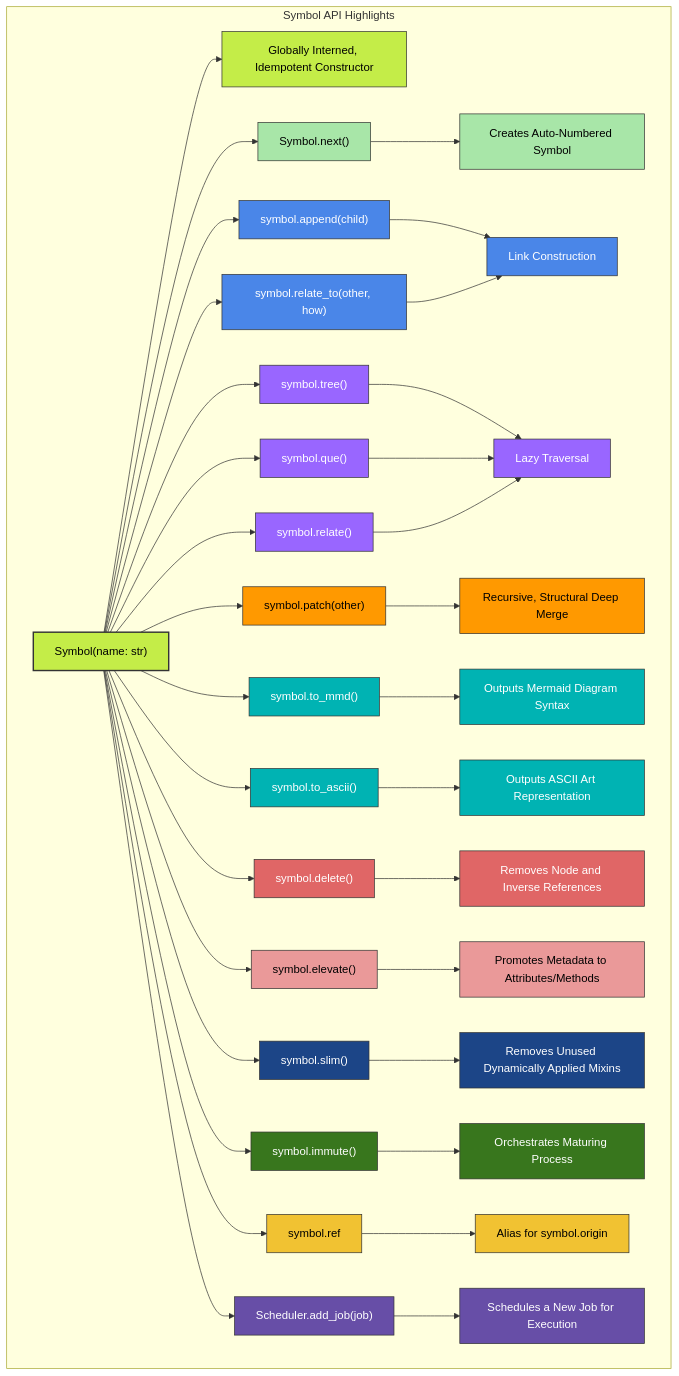
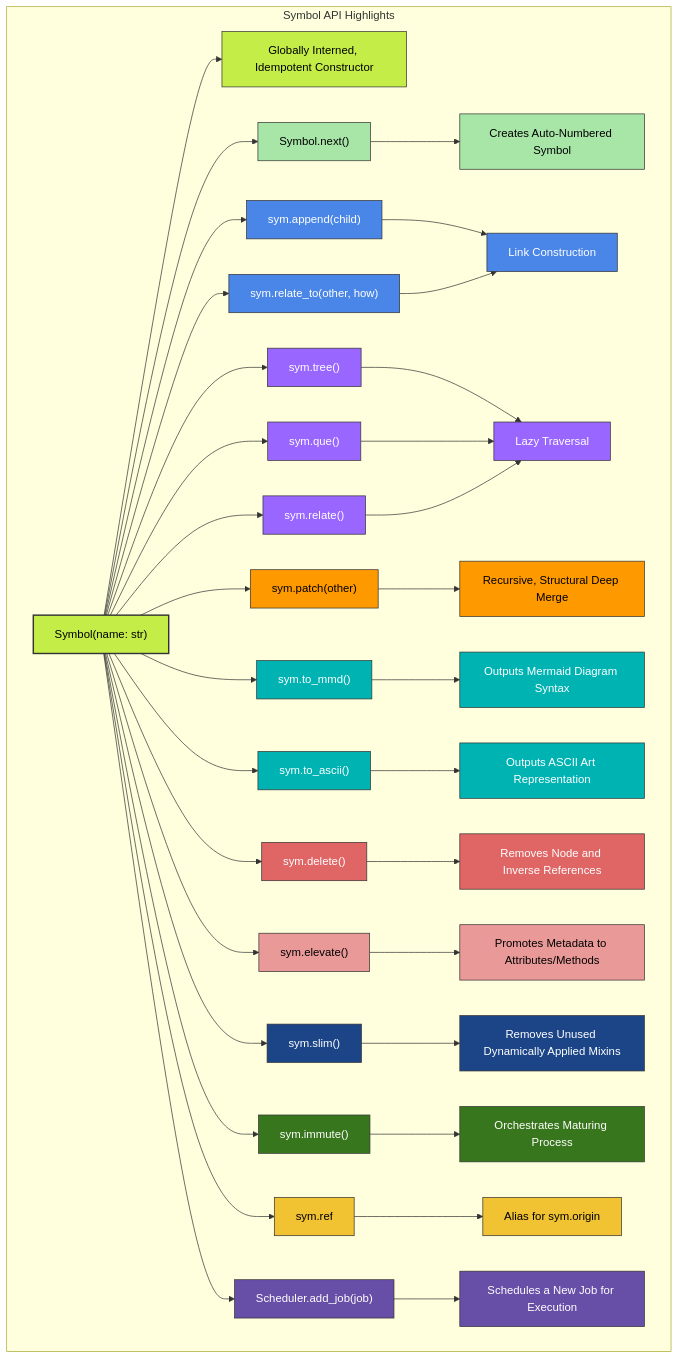
One commit to ikko/sym changed the diagram in docs/topics/8_api_highlights/api_overview.mmd. Above: the diagram before and after it, drawn with Mermaid. The commit also changed 104 other files, not shown here.

```diff
--- a/docs/topics/8_api_highlights/api_overview.mmd
+++ b/docs/topics/8_api_highlights/api_overview.mmd
@@ -1,88 +1,88 @@
 
 graph
     subgraph "Symbol API Highlights"
         A[Symbol#40;name: str#41;] --> B[Globally Interned, Idempotent Constructor];
         A --> C[Symbol.next#40;#41;];
         C --> D[Creates Auto-Numbered Symbol];
-        A --> E[symbol.append#40;child#41;];
-        A --> F[symbol.relate_to#40;other, how#41;];
+        A --> E[sym.append#40;child#41;];
+        A --> F[sym.relate_to#40;other, how#41;];
         E --> G[Link Construction];
         F --> G;
-        A --> H[symbol.tree#40;#41;];
-        A --> I[symbol.que#40;#41;];
-        A --> J[symbol.relate#40;#41;];
+        A --> H[sym.tree#40;#41;];
+        A --> I[sym.que#40;#41;];
+        A --> J[sym.relate#40;#41;];
         H --> K[Lazy Traversal];
         I --> K;
         J --> K;
-        A --> L[symbol.patch#40;other#41;];
+        A --> L[sym.patch#40;other#41;];
         L --> M[Recursive, Structural Deep Merge];
-        A --> N[symbol.to_mmd#40;#41;];
+        A --> N[sym.to_mmd#40;#41;];
         N --> O[Outputs Mermaid Diagram Syntax];
-        A --> P[symbol.to_ascii#40;#41;];
+        A --> P[sym.to_ascii#40;#41;];
         P --> Q[Outputs ASCII Art Representation];
-        A --> R[symbol.delete#40;#41;];
+        A --> R[sym.delete#40;#41;];
         R --> S[Removes Node and Inverse References];
-        A --> T[symbol.elevate#40;#41;];
+        A --> T[sym.elevate#40;#41;];
         T --> U[Promotes Metadata to Attributes/Methods];
-        A --> V[symbol.slim#40;#41;];
+        A --> V[sym.slim#40;#41;];
         V --> W[Removes Unused Dynamically Applied Mixins];
-        A --> X[symbol.immute#40;#41;];
+        A --> X[sym.immute#40;#41;];
         X --> Y[Orchestrates Maturing Process];
-        A --> Z[symbol.ref];
-        Z --> AA[Alias for symbol.origin];
+        A --> Z[sym.ref];
+        Z --> AA[Alias for sym.origin];
         A --> AB[Scheduler.add_job#40;job#41;];
         AB --> AC[Schedules a New Job for Execution];
     end
 
     %% Main Symbol node
     style A fill:#c4ed48,stroke:#333,stroke-width:2px,color:#000000;
     style B fill:#c4ed48,stroke:#333,stroke-width:1px,color:#000000;
 
     %% Symbol creation group - light green
     style C fill:#a8e6a8,stroke:#333,stroke-width:1px,color:#000000;
     style D fill:#a8e6a8,stroke:#333,stroke-width:1px,color:#000000;
 
     %% Relationship management group - blue
     style E fill:#4a86e8,stroke:#333,stroke-width:1px,color:#ffffff;
     style F fill:#4a86e8,stroke:#333,stroke-width:1px,color:#ffffff;
     style G fill:#4a86e8,stroke:#333,stroke-width:1px,color:#ffffff;
 
     %% Traversal group - purple
     style H fill:#9966ff,stroke:#333,stroke-width:1px,color:#ffffff;
     style I fill:#9966ff,stroke:#333,stroke-width:1px,color:#ffffff;
     style J fill:#9966ff,stroke:#333,stroke-width:1px,color:#ffffff;
     style K fill:#9966ff,stroke:#333,stroke-width:1px,color:#ffffff;
 
     %% Data manipulation group - orange
     style L fill:#ff9900,stroke:#333,stroke-width:1px,color:#000000;
     style M fill:#ff9900,stroke:#333,stroke-width:1px,color:#000000;
 
     %% Visualization group - teal
     style N fill:#00b3b3,stroke:#333,stroke-width:1px,color:#ffffff;
     style O fill:#00b3b3,stroke:#333,stroke-width:1px,color:#ffffff;
     style P fill:#00b3b3,stroke:#333,stroke-width:1px,color:#ffffff;
     style Q fill:#00b3b3,stroke:#333,stroke-width:1px,color:#ffffff;
 
     %% Node management group - red
     style R fill:#e06666,stroke:#333,stroke-width:1px,color:#ffffff;
     style S fill:#e06666,stroke:#333,stroke-width:1px,color:#ffffff;
 
     %% Metadata management group - pink
     style T fill:#ea9999,stroke:#333,stroke-width:1px,color:#000000;
     style U fill:#ea9999,stroke:#333,stroke-width:1px,color:#000000;
 
     %% Optimization group - dark blue
     style V fill:#1c4587,stroke:#333,stroke-width:1px,color:#ffffff;
     style W fill:#1c4587,stroke:#333,stroke-width:1px,color:#ffffff;
 
     %% Lifecycle management group - dark green
     style X fill:#38761d,stroke:#333,stroke-width:1px,color:#ffffff;
     style Y fill:#38761d,stroke:#333,stroke-width:1px,color:#ffffff;
 
     %% Reference management group - gold
     style Z fill:#f1c232,stroke:#333,stroke-width:1px,color:#000000;
     style AA fill:#f1c232,stroke:#333,stroke-width:1px,color:#000000;
 
     %% Scheduling group - dark purple
     style AB fill:#674ea7,stroke:#333,stroke-width:1px,color:#ffffff;
     style AC fill:#674ea7,stroke:#333,stroke-width:1px,color:#ffffff;
```
